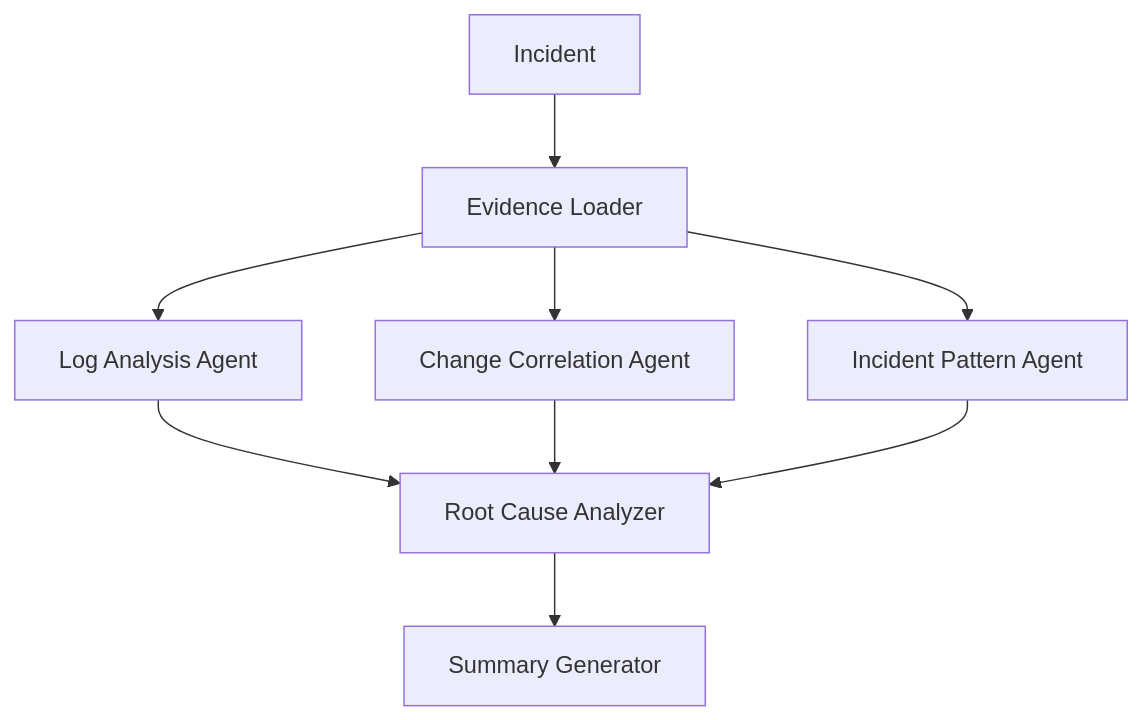
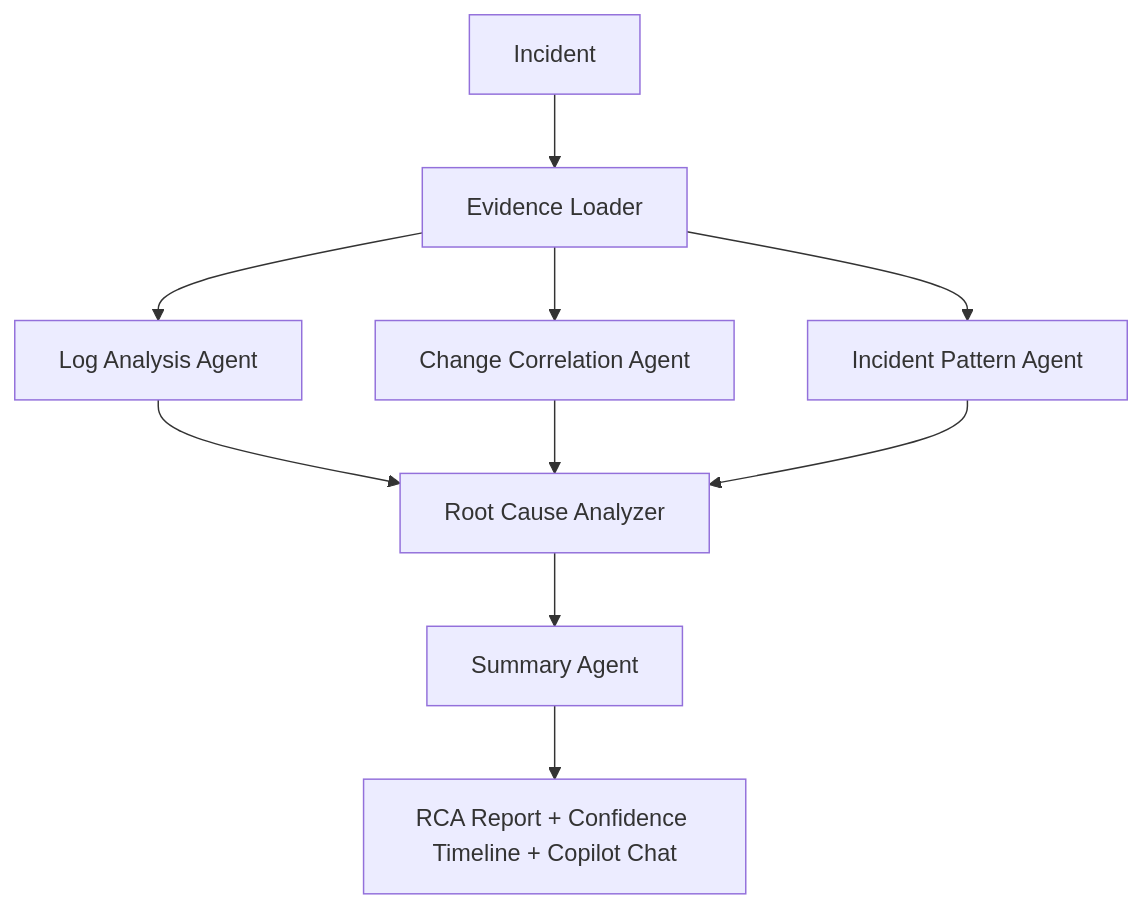
The diagram in Projects/Agentic-AI/RootSeekers-Incident-RCA/README.md (Pankaj81-eng/my-project-journey), drawn with Mermaid before and after one commit. The commit also changed other lines of this file and 3 other files, not shown here.

````diff
--- a/Projects/Agentic-AI/RootSeekers-Incident-RCA/README.md
+++ b/Projects/Agentic-AI/RootSeekers-Incident-RCA/README.md
@@ -15,11 +19,12 @@
 ```mermaid
 flowchart TD
   A[Incident] --> B[Evidence Loader]
   B --> C[Log Analysis Agent]
   B --> D[Change Correlation Agent]
   B --> E[Incident Pattern Agent]
   C --> F[Root Cause Analyzer]
   D --> F
   E --> F
-  F --> G[Summary Generator]
+  F --> G[Summary Agent]
+  G --> H[RCA Report + Confidence Timeline + Copilot Chat]
 ```
````
